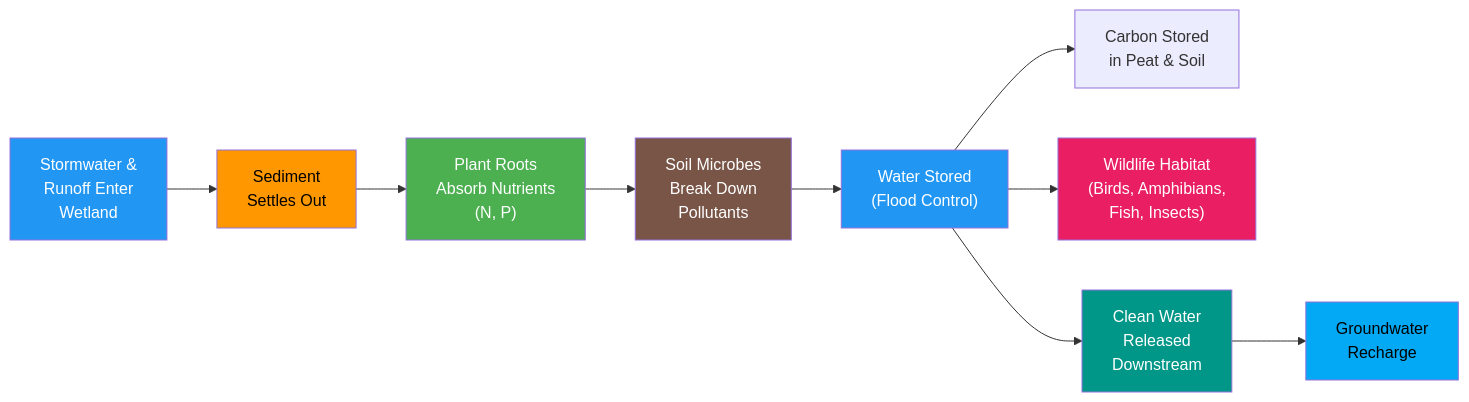
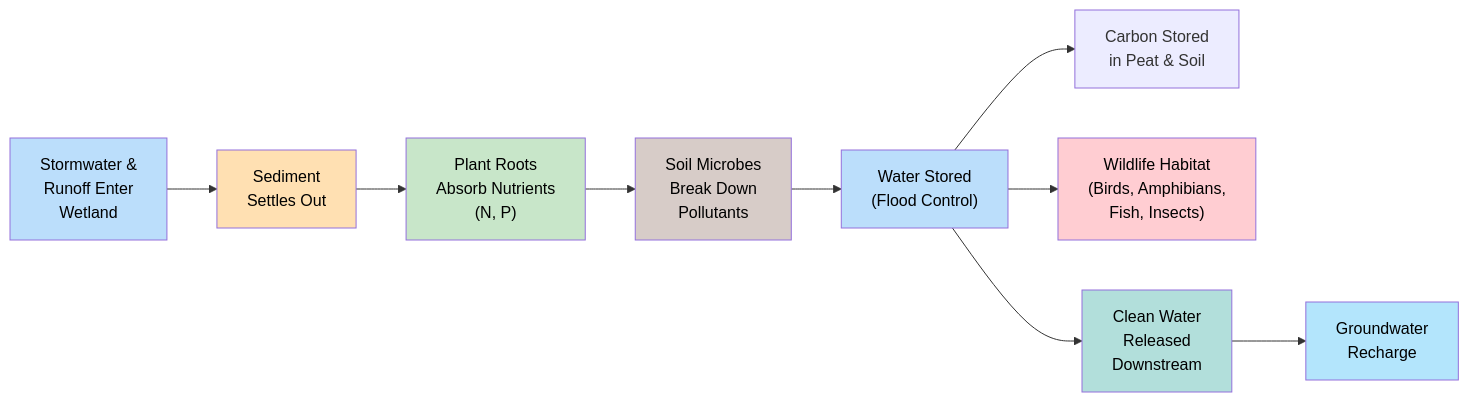
The second of 2 diagrams in docs/chapters/05-wetland-shoreline-plants/index.md (arunbatchu/minnesota-native-plants), drawn with Mermaid before and after one commit. The commit also changed other lines of this file and 10 other files, not shown here.

First line of the commit message:
Switch Mermaid diagrams to pastel palette — black text on light backgrounds

````diff
--- a/docs/chapters/05-wetland-shoreline-plants/index.md
+++ b/docs/chapters/05-wetland-shoreline-plants/index.md
@@ -355,20 +355,20 @@
 ```mermaid
 flowchart LR
     A["Stormwater &<br/>Runoff Enter<br/>Wetland"] --> B["Sediment<br/>Settles Out"]
     B --> C["Plant Roots<br/>Absorb Nutrients<br/>(N, P)"]
     C --> D["Soil Microbes<br/>Break Down<br/>Pollutants"]
     D --> E["Water Stored<br/>(Flood Control)"]
     E --> F["Carbon Stored<br/>in Peat & Soil"]
     E --> G["Wildlife Habitat<br/>(Birds, Amphibians,<br/>Fish, Insects)"]
     E --> H["Clean Water<br/>Released<br/>Downstream"]
     H --> I["Groundwater<br/>Recharge"]
 
-    style A fill:#2196F3,color:#fff
-    style B fill:#FF9800,color:#000
-    style C fill:#4CAF50,color:#fff
-    style D fill:#795548,color:#fff
-    style E fill:#2196F3,color:#fff
-    style G fill:#E91E63,color:#fff
-    style H fill:#009688,color:#fff
-    style I fill:#03A9F4,color:#000
+    style A fill:#BBDEFB,color:#000
+    style B fill:#FFE0B2,color:#000
+    style C fill:#C8E6C9,color:#000
+    style D fill:#D7CCC8,color:#000
+    style E fill:#BBDEFB,color:#000
+    style G fill:#FFCDD2,color:#000
+    style H fill:#B2DFDB,color:#000
+    style I fill:#B3E5FC,color:#000
 ```
````
